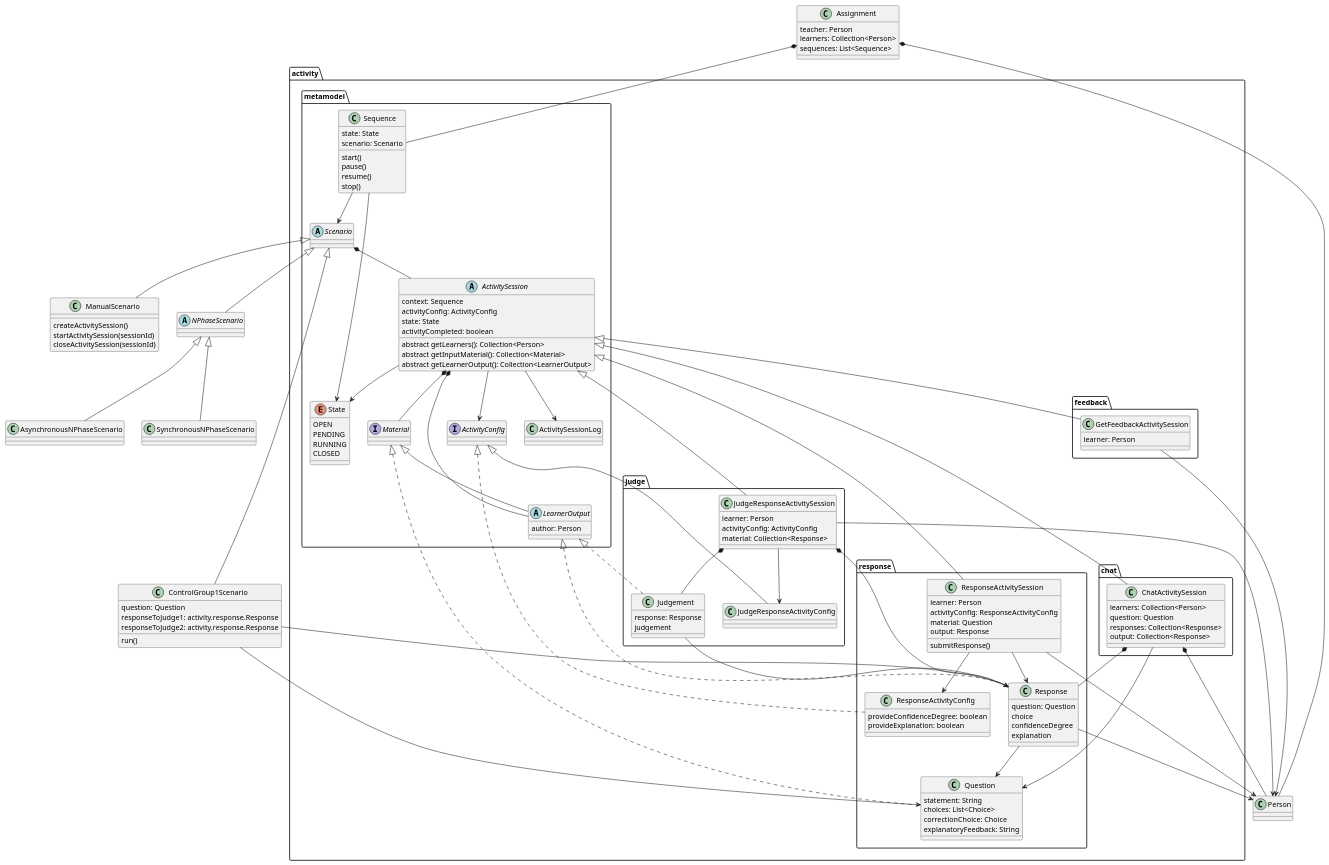
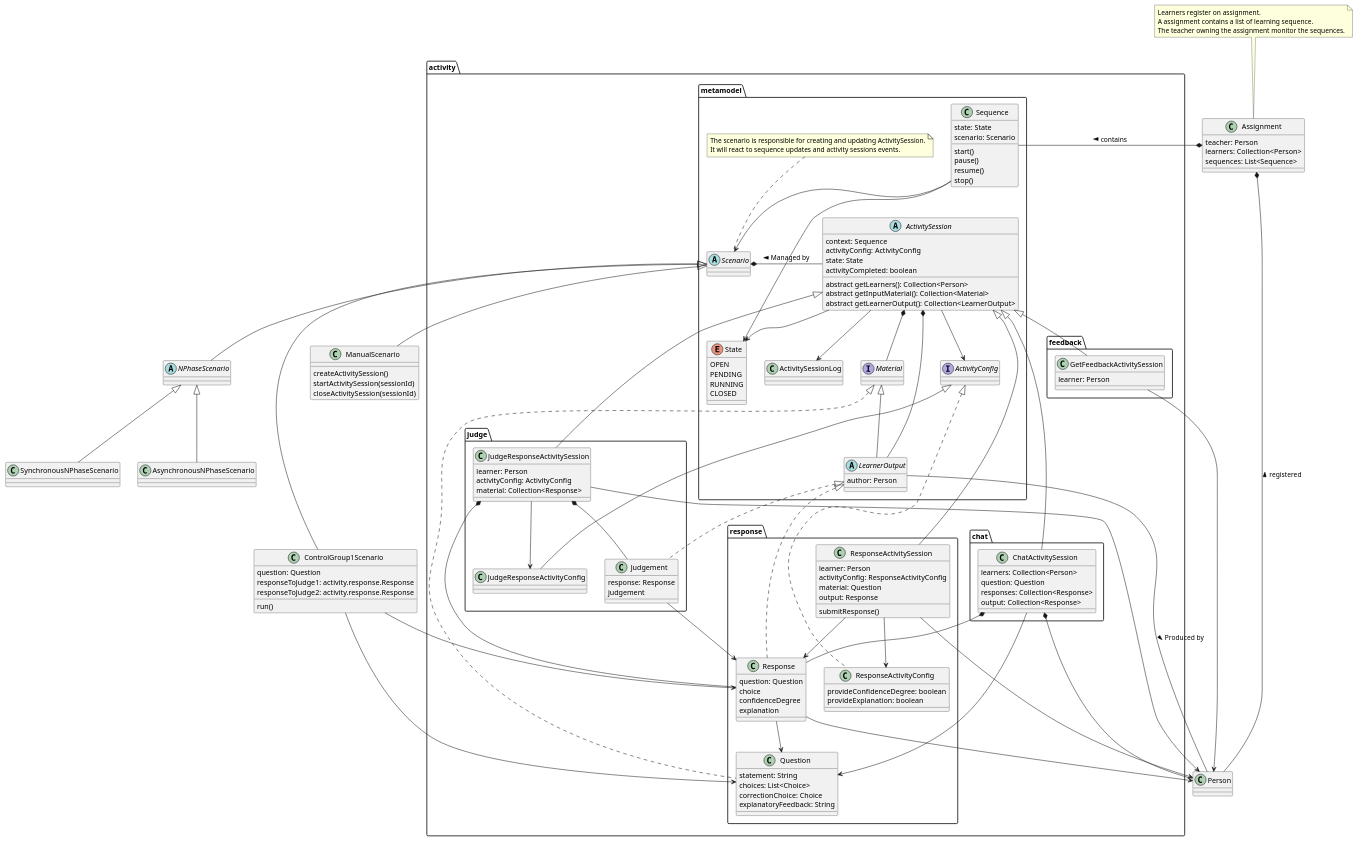
One commit to elaastic/ElaastiX changed the diagram in doc/uml/ElaastiX.puml. Above: the diagram before and after it, drawn with PlantUML.

Commit message:
doc: Update ElaastiX UML with association labels and notes

```diff
--- a/doc/uml/ElaastiX.puml
+++ b/doc/uml/ElaastiX.puml
@@ -1,174 +1,182 @@
 @startuml
 'https://plantuml.com/class-diagram
 
+class Person
+
+class Assignment {
+    teacher: Person
+    learners: Collection<Person>
+    sequences: List<Sequence>
+}
+note top
+Learners register on assignment.
+A assignment contains a list of learning sequence.
+The teacher owning the assignment monitor the sequences.
+end note
+
+Assignment *- Person : registered <
+Assignment *- activity.metamodel.Sequence : contains >
+
 package activity.metamodel {
     abstract class Scenario
+    note top
+    The scenario is responsible for creating and updating ActivitySession.
+    It will react to sequence updates and activity sessions events.
+    end note
 
     class Sequence {
         state: State
         scenario: Scenario
         start()
         pause()
         resume()
         stop()
     }
 
     enum State {
             OPEN
             PENDING
             RUNNING
             CLOSED
         }
 
     Sequence --> State
     Sequence --> activity.metamodel.Scenario
 
-    Scenario *-- ActivitySession
+    Scenario *- ActivitySession : Managed by <
 
     abstract class ActivitySession {
         context: Sequence
         activityConfig: ActivityConfig
         state: State
         activityCompleted: boolean
         abstract getLearners(): Collection<Person>
         abstract getInputMaterial(): Collection<Material>
         abstract getLearnerOutput(): Collection<LearnerOutput>
     }
 
     class ActivitySessionLog
 
     ActivitySession --> State
     ActivitySession --> ActivitySessionLog
     ActivitySession --> ActivityConfig
     ActivitySession *-- LearnerOutput
     ActivitySession *-- Material
 
 
     interface ActivityConfig
 
     interface Material
 
     abstract class LearnerOutput extends Material {
         author: Person
+    }
 
-    }
+    LearnerOutput -- Person : Produced by >
 }
-
-class Person
-
-class Assignment {
-    teacher: Person
-    learners: Collection<Person>
-    sequences: List<Sequence>
-}
-
-Assignment *-- Person
-Assignment *-- activity.metamodel.Sequence
 
 class ManualScenario extends activity.metamodel.Scenario {
     createActivitySession()
     startActivitySession(sessionId)
     closeActivitySession(sessionId)
 }
 
 abstract class NPhaseScenario extends activity.metamodel.Scenario
 
 class AsynchronousNPhaseScenario extends NPhaseScenario
 class SynchronousNPhaseScenario extends NPhaseScenario
 
 class ControlGroup1Scenario extends activity.metamodel.Scenario {
     question: Question
     responseToJudge1: activity.response.Response
     responseToJudge2: activity.response.Response
 
     run()
 }
 
 ControlGroup1Scenario --> activity.response.Question
 ControlGroup1Scenario --> activity.response.Response
 
 package activity.response {
     class ResponseActivitySession extends activity.metamodel.ActivitySession {
         learner: Person
         activityConfig: ResponseActivityConfig
         material: Question
         output: Response
 
         submitResponse()
     }
 
     ResponseActivitySession --> Person
     ResponseActivitySession --> Response
     ResponseActivitySession --> ResponseActivityConfig
 
     class ResponseActivityConfig implements activity.metamodel.ActivityConfig {
         provideConfidenceDegree: boolean
         provideExplanation: boolean
     }
 
     class Question implements activity.metamodel.Material {
         statement: String
         choices: List<Choice>
         correctionChoice: Choice
         explanatoryFeedback: String
     }
 
     class Response implements activity.metamodel.LearnerOutput {
         question: Question
         choice
         confidenceDegree
         explanation
     }
 
     Response --> Question
     Response --> Person
 }
 
 package activity.judge {
     class JudgeResponseActivitySession extends activity.metamodel.ActivitySession {
         learner: Person
         activityConfig: ActivityConfig
         material: Collection<Response>
     }
 
     class JudgeResponseActivityConfig extends activity.metamodel.ActivityConfig {
 
     }
 
     JudgeResponseActivitySession --> Person
     JudgeResponseActivitySession --> JudgeResponseActivityConfig
     JudgeResponseActivitySession *-- Judgement
     JudgeResponseActivitySession *-- activity.response.Response
 
     class Judgement implements activity.metamodel.LearnerOutput {
         response: Response
         judgement
 
     }
     Judgement --> activity.response.Response
 
 }
 
 package activity.chat {
     class ChatActivitySession extends activity.metamodel.ActivitySession {
         learners: Collection<Person>
         question: Question
         responses: Collection<Response>
         output: Collection<Response>
     }
 
     ChatActivitySession *-- Person
     ChatActivitySession --> Question
     ChatActivitySession *-- activity.response.Response
 }
 
 package activity.feedback {
     class GetFeedbackActivitySession extends activity.metamodel.ActivitySession {
         learner: Person
     }
 
     GetFeedbackActivitySession --> Person
 }
-
-
 @enduml
```
